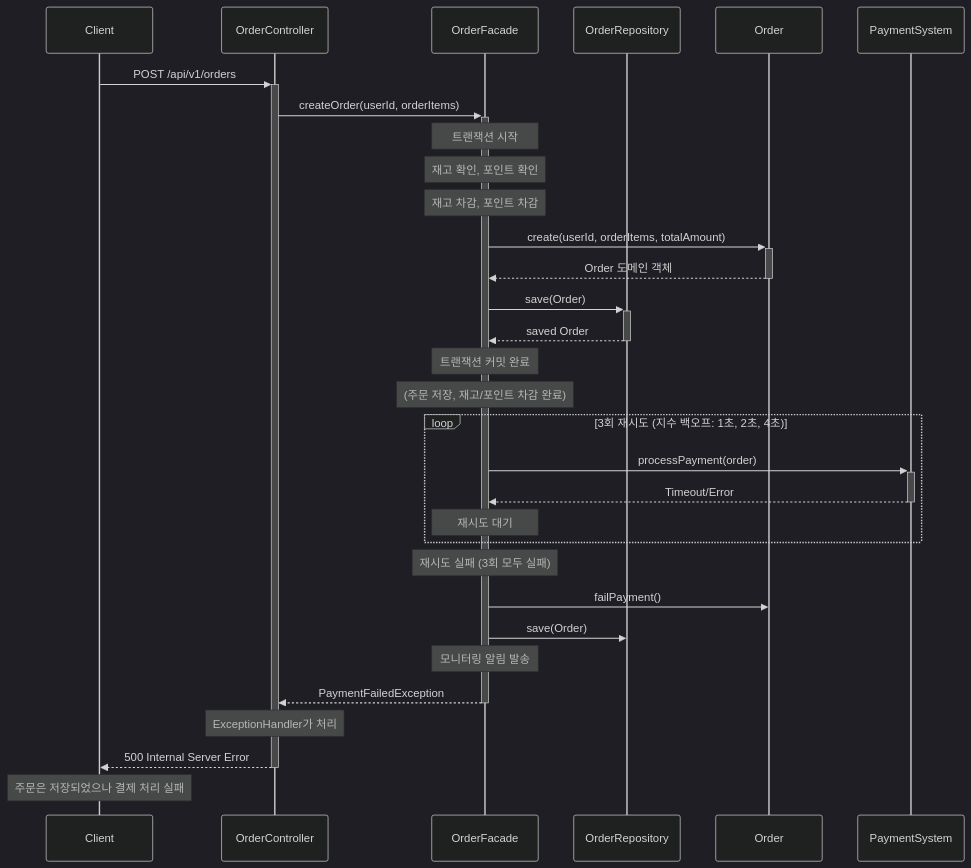
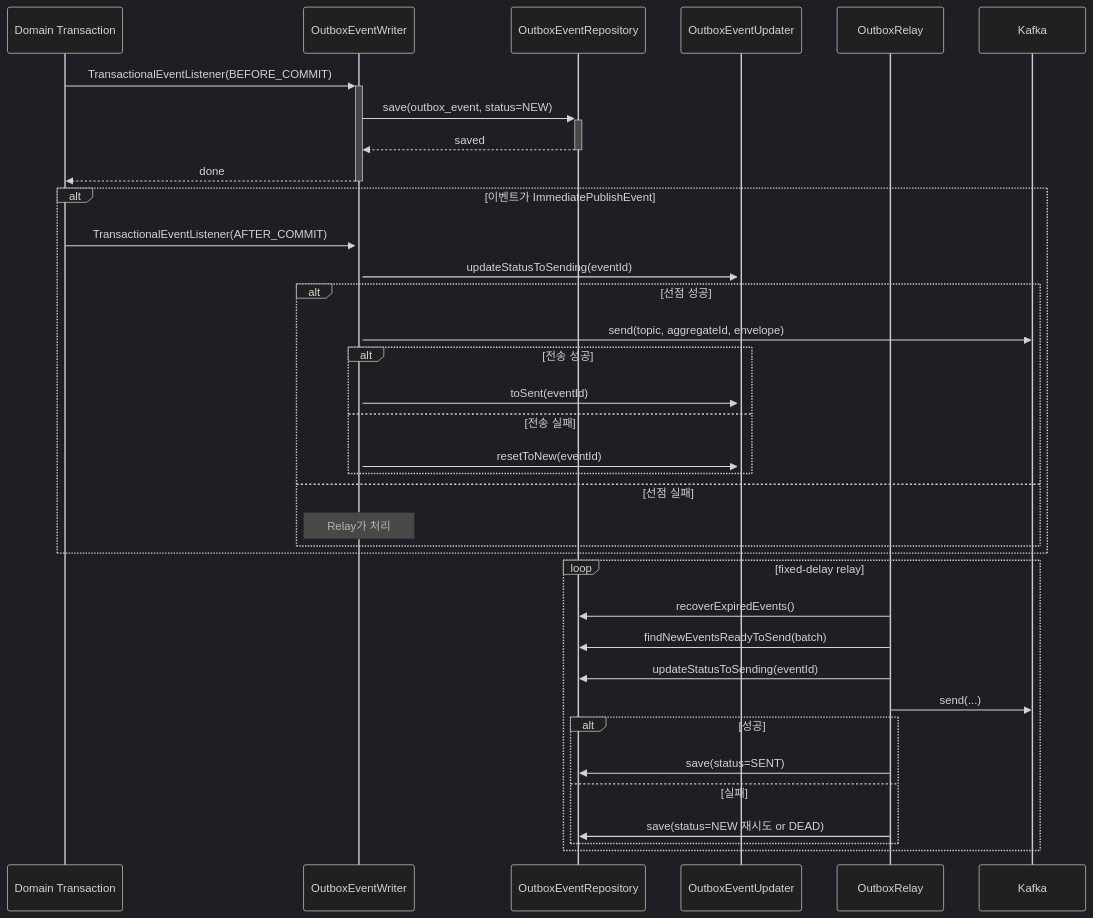
Before and after one commit to JeonJe/commerce-backend: the eighth of 10 diagrams in docs/design/02-sequence-diagrams.md, drawn with Mermaid (dark theme). The commit also changed other lines of this file and 9 other files, not shown here.

````diff
--- a/docs/design/02-sequence-diagrams.md
+++ b/docs/design/02-sequence-diagrams.md
@@ -597,43 +335,41 @@
 ```mermaid
 sequenceDiagram
-    participant Client
-    participant OrderController
-    participant OrderFacade
-    participant OrderRepository
-    participant Order
-    participant PaymentSystem
+    participant DomainTx as Domain Transaction
+    participant Writer as OutboxEventWriter
+    participant Repo as OutboxEventRepository
+    participant Updater as OutboxEventUpdater
+    participant Relay as OutboxRelay
+    participant Kafka
 
-    Client->>+OrderController: POST /api/v1/orders
+    DomainTx->>+Writer: TransactionalEventListener(BEFORE_COMMIT)
+    Writer->>+Repo: save(outbox_event, status=NEW)
+    Repo-->>-Writer: saved
+    Writer-->>-DomainTx: done
 
-    OrderController->>+OrderFacade: createOrder(userId, orderItems)
-
-    Note over OrderFacade: 트랜잭션 시작
-    Note over OrderFacade: 재고 확인, 포인트 확인
-    Note over OrderFacade: 재고 차감, 포인트 차감
-
-    OrderFacade->>+Order: create(userId, orderItems, totalAmount)
-    Order-->>-OrderFacade: Order 도메인 객체
-
-    OrderFacade->>+OrderRepository: save(Order)
-    OrderRepository-->>-OrderFacade: saved Order
-
-    Note over OrderFacade: 트랜잭션 커밋 완료
-    Note over OrderFacade: (주문 저장, 재고/포인트 차감 완료)
-
-    loop 3회 재시도 (지수 백오프: 1초, 2초, 4초)
-        OrderFacade->>+PaymentSystem: processPayment(order)
-        PaymentSystem-->>-OrderFacade: Timeout/Error
-        Note over OrderFacade: 재시도 대기
+    alt 이벤트가 ImmediatePublishEvent
+        DomainTx->>+Writer: TransactionalEventListener(AFTER_COMMIT)
+        Writer->>+Updater: updateStatusToSending(eventId)
+        alt 선점 성공
+            Writer->>Kafka: send(topic, aggregateId, envelope)
+            alt 전송 성공
+                Writer->>Updater: toSent(eventId)
+            else 전송 실패
+                Writer->>Updater: resetToNew(eventId)
+            end
+        else 선점 실패
+            Note over Writer: Relay가 처리
+        end
     end
 
-    Note over OrderFacade: 재시도 실패 (3회 모두 실패)
-    OrderFacade->>Order: failPayment()
-    OrderFacade->>OrderRepository: save(Order)
-
-    Note over OrderFacade: 모니터링 알림 발송
-
-    OrderFacade-->>-OrderController: PaymentFailedException
-    Note over OrderController: ExceptionHandler가 처리
-    OrderController-->>-Client: 500 Internal Server Error
-    Note over Client: 주문은 저장되었으나 결제 처리 실패
+    loop fixed-delay relay
+        Relay->>Repo: recoverExpiredEvents()
+        Relay->>Repo: findNewEventsReadyToSend(batch)
+        Relay->>Repo: updateStatusToSending(eventId)
+        Relay->>Kafka: send(...)
+        alt 성공
+            Relay->>Repo: save(status=SENT)
+        else 실패
+            Relay->>Repo: save(status=NEW 재시도 or DEAD)
+        end
+    end
 ```
````
